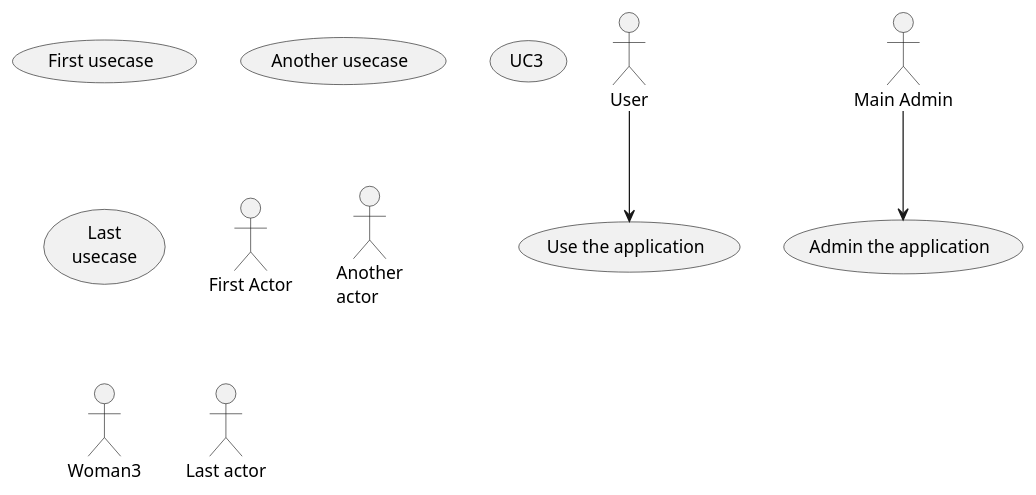
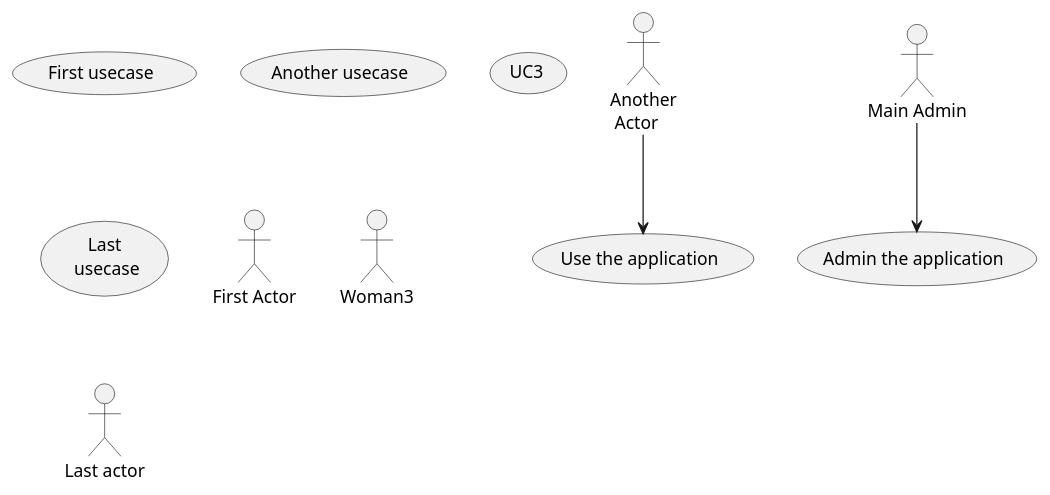
Before and after one commit to jonh-carvalho/PBE_24.2_8002: the diagram in docs/modelagem/Casos de Uso/casodeuso.wsd, drawn with PlantUML. The commit also changed 2 other files, not shown here.

```diff
--- a/docs/modelagem/Casos de Uso/casodeuso.wsd
+++ b/docs/modelagem/Casos de Uso/casodeuso.wsd
@@ -1,17 +1,25 @@
 @startuml
 
+' Casos de Uso
 (First usecase)
+
 (Another usecase) as (UC2)
+
 usecase UC3
-usecase (Last\nusecase) as UC4
 
+usecase (Last\n usecase) as UC4
+
+' Atores
 :First Actor:
-:Another\nactor: as Man2
+
+:Another\n Actor: as Man2
+
 actor Woman3
 actor :Last actor: as Person1
+"Main Admin" as Admin
 
-:User: --> (Use the application)
+' Relações
+Man2 --> (Use the application)
 
-"Main Admin" as Admin
 Admin --> (Admin the application)
 @enduml
```
